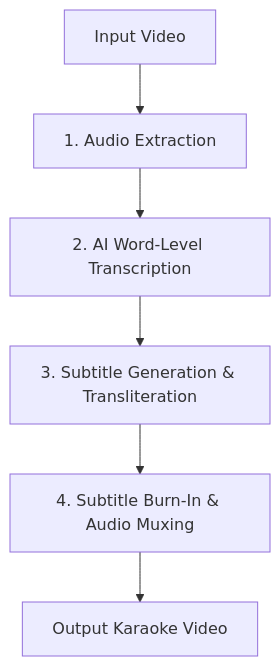
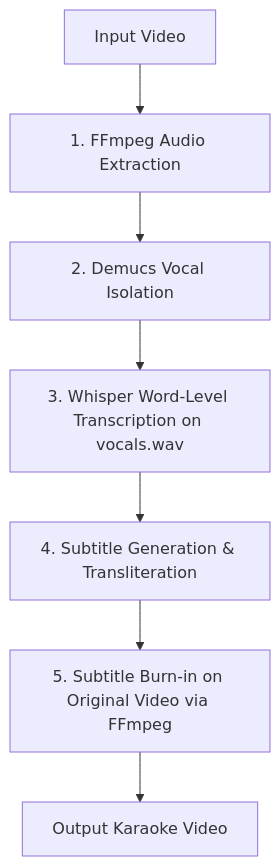
One commit to shanmuganathan457/karaoke-video-generator changed the diagram in karaoke-video-generator/README.md. Above: the diagram before and after it, drawn with Mermaid. The commit also changed other lines of this file and 9 other files, not shown here.

````diff
--- a/karaoke-video-generator/README.md
+++ b/karaoke-video-generator/README.md
@@ -20,8 +20,9 @@
 ```mermaid
 graph TD
-    A[Input Video] --> B[1. Audio Extraction]
-    B --> C[2. AI Word-Level Transcription]
-    C --> D[3. Subtitle Generation & Transliteration]
-    D --> E[4. Subtitle Burn-In & Audio Muxing]
-    E --> F[Output Karaoke Video]
+    A[Input Video] --> B[1. FFmpeg Audio Extraction]
+    B --> C[2. Demucs Vocal Isolation]
+    C --> D[3. Whisper Word-Level Transcription on vocals.wav]
+    D --> E[4. Subtitle Generation & Transliteration]
+    E --> F[5. Subtitle Burn-in on Original Video via FFmpeg]
+    F --> G[Output Karaoke Video]
 ```
````
